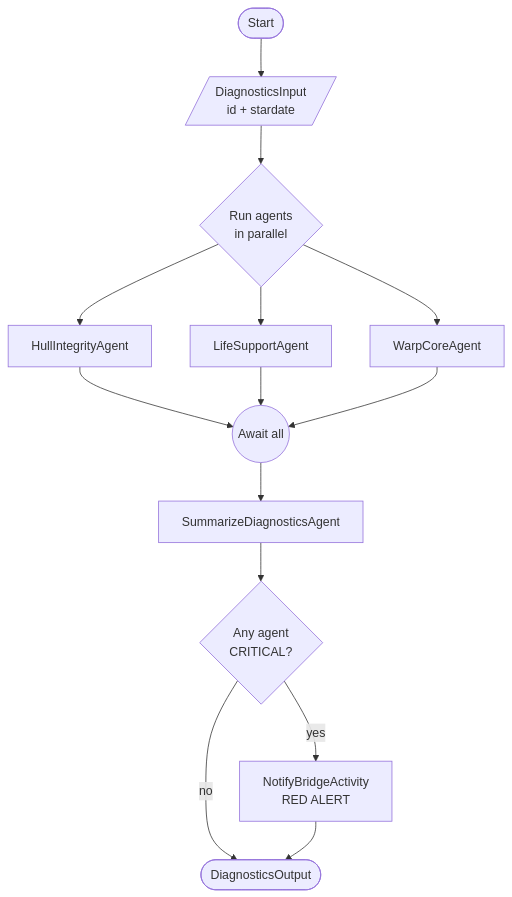
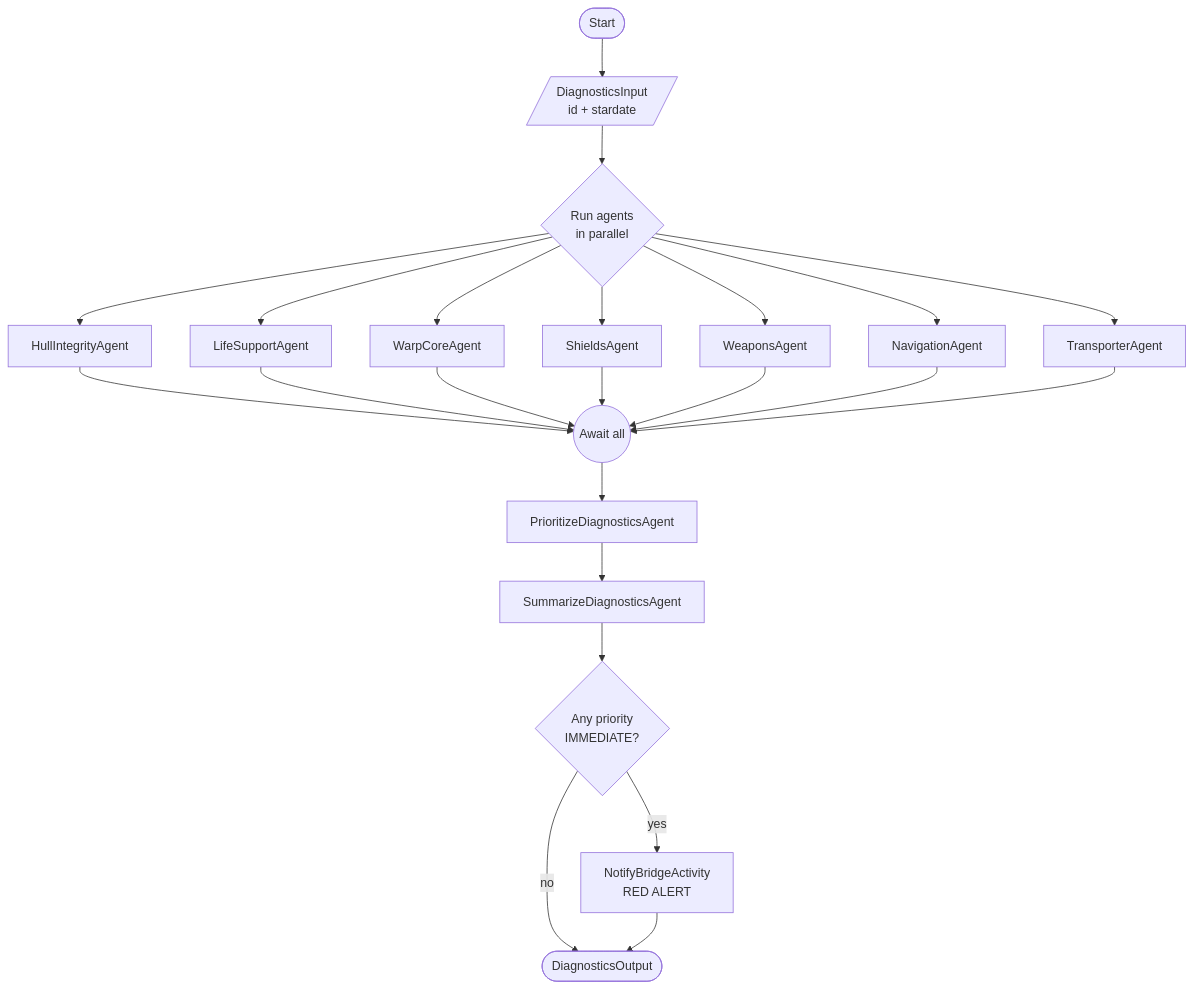
The diagram in README.md (diagrid-labs/catalyst-aspire-maf), drawn with Mermaid before and after one commit. The commit also changed other lines of this file, not shown here.

Commit message:
Update README with updated workflow

````diff
--- a/README.md
+++ b/README.md
@@ -37,16 +37,25 @@
 ```mermaid
 flowchart TD
     Start([Start]) --> Input[/DiagnosticsInput<br/>id + stardate/]
     Input --> Fan{Run agents<br/>in parallel}
     Fan --> Hull[HullIntegrityAgent]
     Fan --> Life[LifeSupportAgent]
     Fan --> Warp[WarpCoreAgent]
+    Fan --> Shields[ShieldsAgent]
+    Fan --> Weapons[WeaponsAgent]
+    Fan --> Nav[NavigationAgent]
+    Fan --> Trans[TransporterAgent]
     Hull --> Join((Await all))
     Life --> Join
     Warp --> Join
-    Join --> Summary[SummarizeDiagnosticsAgent]
-    Summary --> Critical{Any agent<br/>CRITICAL?}
-    Critical -->|yes| Notify[NotifyBridgeActivity<br/>RED ALERT]
-    Critical -->|no| Done
+    Shields --> Join
+    Weapons --> Join
+    Nav --> Join
+    Trans --> Join
+    Join --> Prioritize[PrioritizeDiagnosticsAgent]
+    Prioritize --> Summary[SummarizeDiagnosticsAgent]
+    Summary --> Immediate{Any priority<br/>IMMEDIATE?}
+    Immediate -->|yes| Notify[NotifyBridgeActivity<br/>RED ALERT]
+    Immediate -->|no| Done
     Notify --> Done([DiagnosticsOutput])
 ```
````
